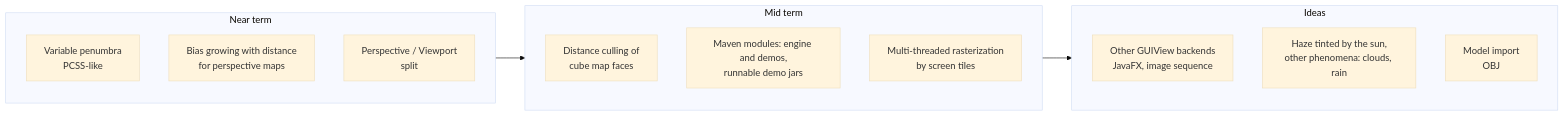
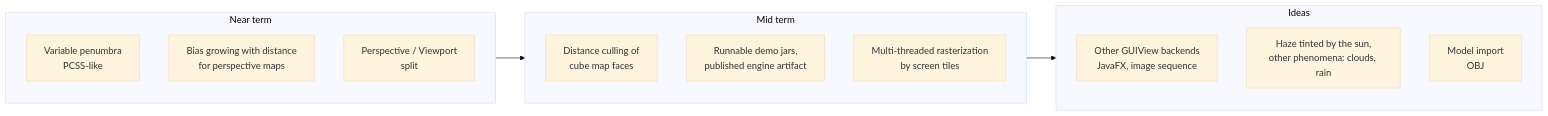
One commit to obarry/Aventura changed diagram 22 of 22 in docs/DESIGN.md. Above: the diagram before and after it, drawn with Mermaid (base theme). The commit also changed other lines of this file and 457 other files, not shown here.

````diff
--- a/docs/DESIGN.md
+++ b/docs/DESIGN.md
@@ -1060,19 +1065,19 @@
 ```mermaid
 flowchart LR
     subgraph NOW["Near term"]
         n1[Variable penumbra<br/>PCSS-like]
         n2[Bias growing with distance<br/>for perspective maps]
         n4[Perspective / Viewport<br/>split]
     end
     subgraph NEXT["Mid term"]
         m1[Distance culling of<br/>cube map faces]
-        m2[Maven modules: engine and demos,<br/>runnable demo jars]
+        m2[Runnable demo jars,<br/>published engine artifact]
         m3[Multi-threaded rasterization<br/>by screen tiles]
     end
     subgraph LATER["Ideas"]
         l1[Other GUIView backends<br/>JavaFX, image sequence]
         l2[Haze tinted by the sun,<br/>other phenomena: clouds, rain]
         l3[Model import<br/>OBJ]
     end
     NOW --> NEXT --> LATER
 ```
````
